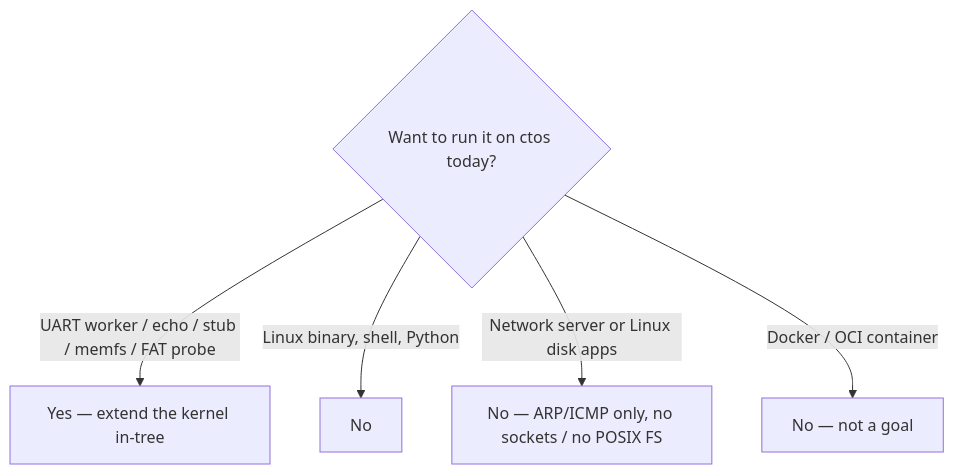
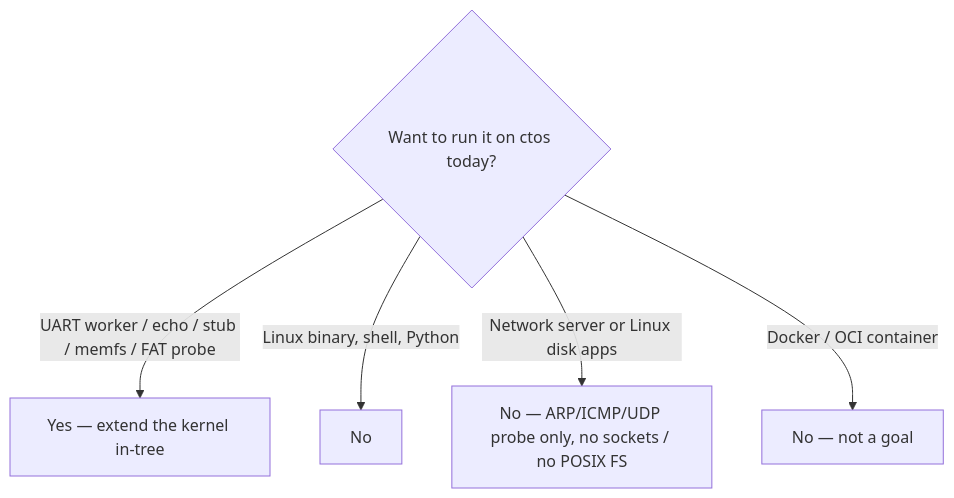
The fourth of 4 diagrams in docs/overview/what-can-run.md (artofdream/ctos), drawn with Mermaid before and after one commit. The commit also changed other lines of this file and 33 other files, not shown here.

````diff
--- a/docs/overview/what-can-run.md
+++ b/docs/overview/what-can-run.md
@@ -204,8 +232,8 @@
 ```mermaid
 flowchart TD
   Q{"Want to run it on ctos today?"}
   Q -->|UART worker / echo / stub / memfs / FAT probe| Y["Yes — extend the kernel in-tree"]
   Q -->|Linux binary, shell, Python| N1["No"]
-  Q -->|Network server or Linux disk apps| N2["No — ARP/ICMP only, no sockets / no POSIX FS"]
+  Q -->|Network server or Linux disk apps| N2["No — ARP/ICMP/UDP probe only, no sockets / no POSIX FS"]
   Q -->|Docker / OCI container| N3["No — not a goal"]
 ```
````
